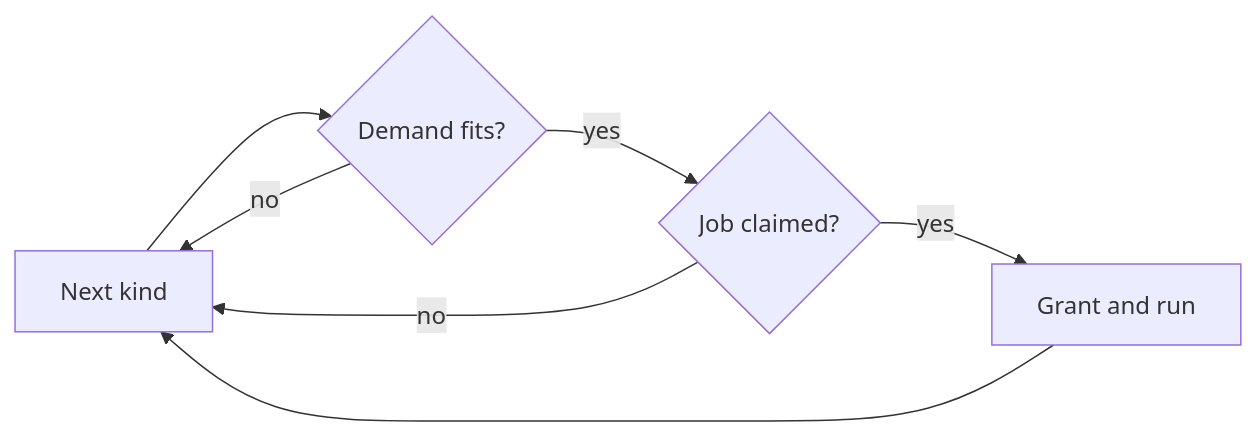
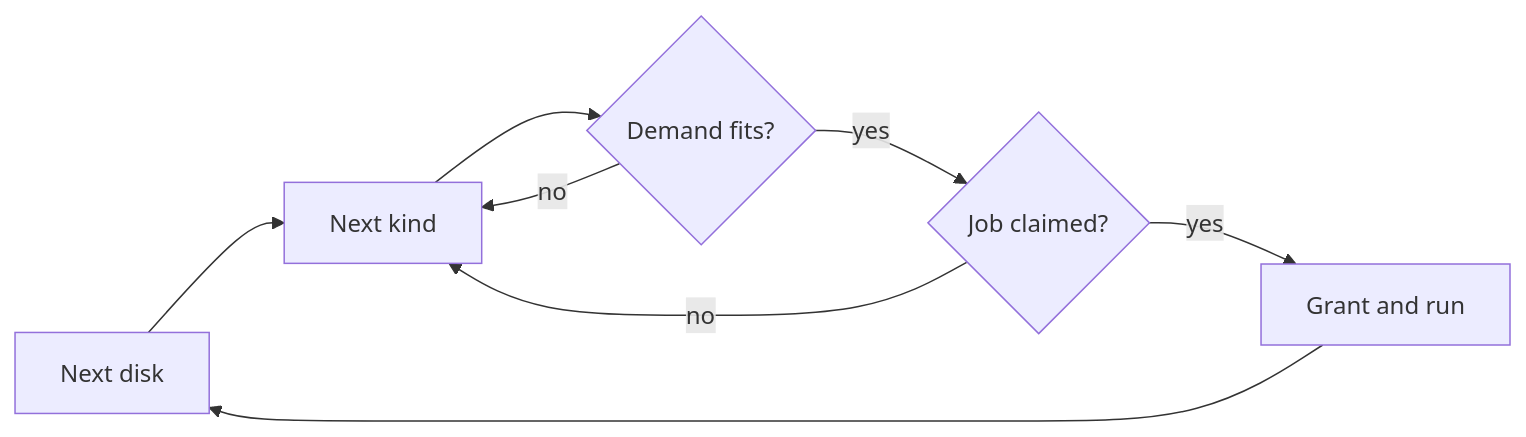
The second of 2 diagrams in docs/design-docs/job-scheduling.md (syudead/vv), drawn with Mermaid before and after one commit. The commit also changed other lines of this file and 25 other files, not shown here.

````diff
--- a/docs/design-docs/job-scheduling.md
+++ b/docs/design-docs/job-scheduling.md
@@ -52,9 +77,10 @@
 ```mermaid
 flowchart LR
-  kind[Next kind] --> fits{Demand fits?}
+  disk[Next disk] --> kind[Next kind]
+  kind --> fits{Demand fits?}
   fits -->|no| kind
   fits -->|yes| claim{Job claimed?}
   claim -->|no| kind
   claim -->|yes| grant[Grant and run]
-  grant --> kind
+  grant --> disk
 ```
````
